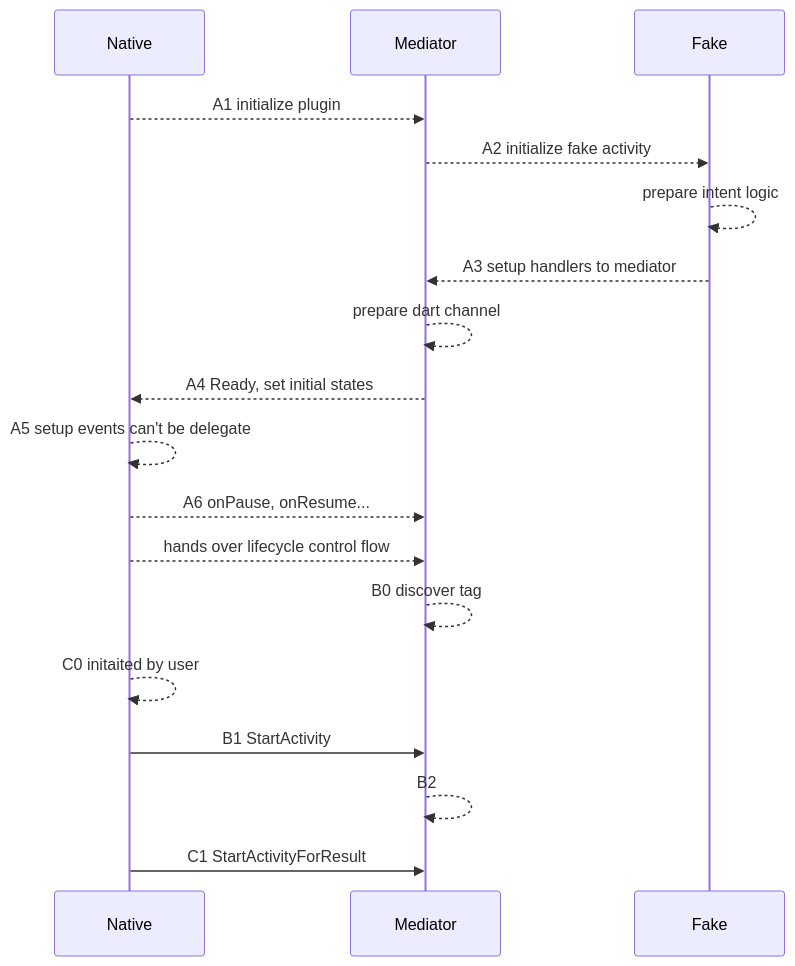
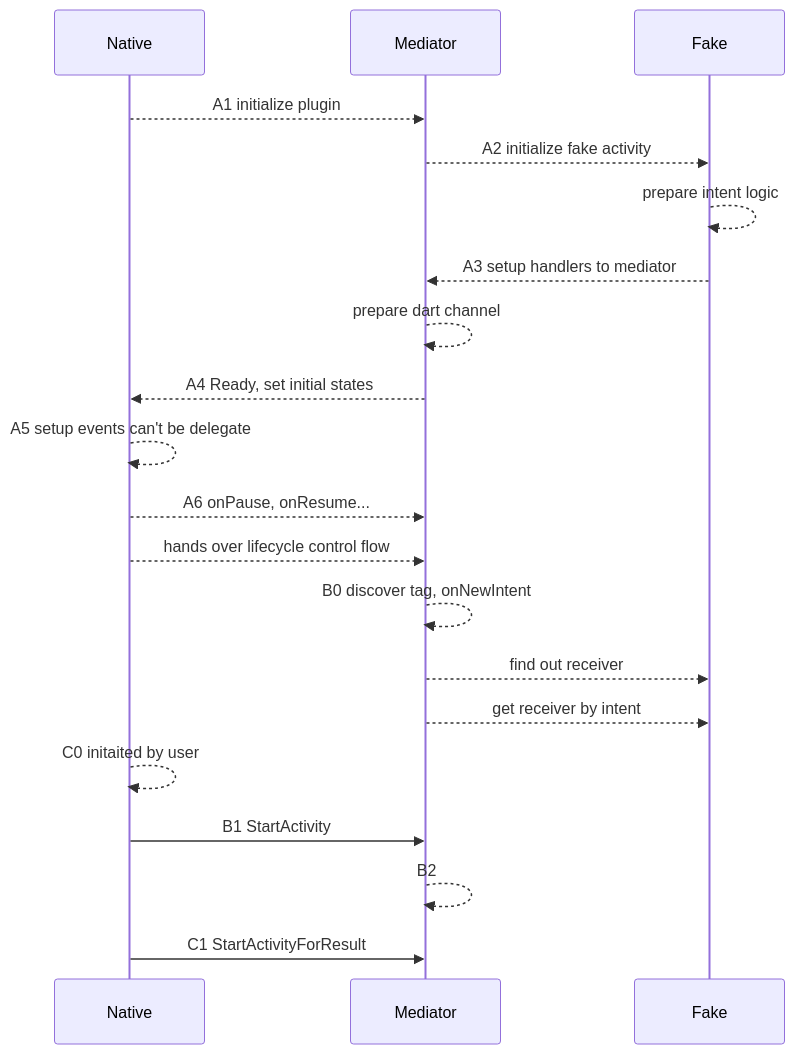
The second of 2 diagrams in flutter/addActivityResultListener.md (gordianknotC/nxp_note), drawn with Mermaid before and after one commit. The commit also changed other lines of this file, not shown here.

Commit message:
flutter/addActivityResultListener.md updated from https://stackedit.io/

````diff
--- a/flutter/addActivityResultListener.md
+++ b/flutter/addActivityResultListener.md
@@ -55,25 +55,27 @@
 ```mermaid
 sequenceDiagram
 participant Native
 participant Mediator
 participant Fake
 
 Native -->> Mediator: A1 initialize plugin
 Mediator -->> Fake: A2 initialize fake activity
 Fake -->> Fake: prepare intent logic
 Fake -->> Mediator: A3 setup handlers to mediator
 Mediator -->> Mediator: prepare dart channel
 Mediator -->> Native: A4 Ready, set initial states
 Native -->> Native: A5 setup events can't be delegate
 Native -->> Mediator: A6 onPause, onResume...
 Native -->> Mediator: hands over lifecycle control flow
 
-Mediator-->> Mediator: B0 discover tag
+Mediator-->> Mediator: B0 discover tag, onNewIntent
+Mediator-->>Fake: find out receiver
+Mediator-->>Fake: get receiver by intent
 
 
 Native -->> Native: C0 initaited by user
 Native ->> Mediator: B1 StartActivity
 Mediator -->> Mediator: B2 
 Native ->> Mediator: C1 StartActivityForResult
 
 ```
````
